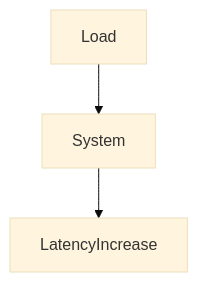
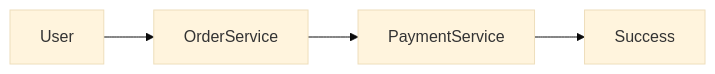
Before and after one commit to dbajajmnk/systemdesign: the first of 11 diagrams in systemdesign/7. Performance and Latency Considerations/Concept.md, drawn with Mermaid (base theme). The commit also changed other lines of this file and 4 other files, not shown here.

````diff
--- a/systemdesign/7. Performance and Latency Considerations/Concept.md
+++ b/systemdesign/7. Performance and Latency Considerations/Concept.md
@@ -87,5 +57,7 @@
 ```mermaid
-flowchart TD
-    Load --> System
-    System --> LatencyIncrease
+flowchart LR
+
+User --> OrderService
+OrderService --> PaymentService
+PaymentService --> Success
 ```
````
